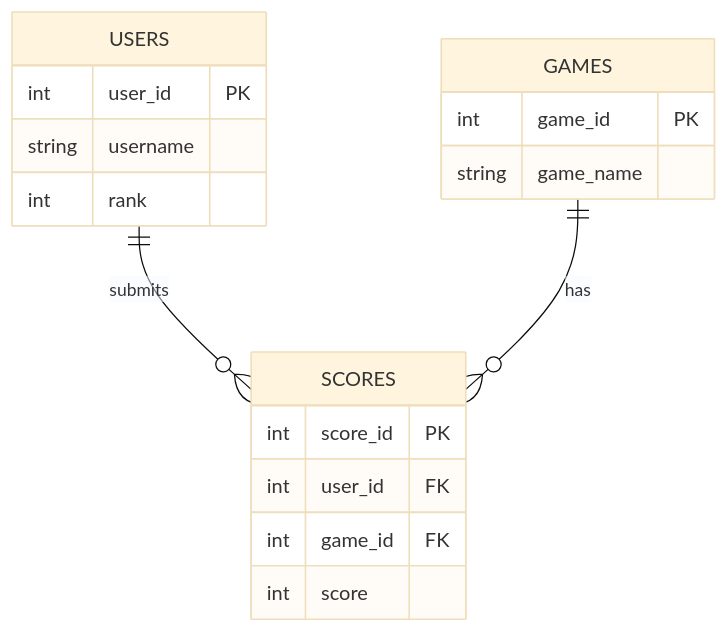
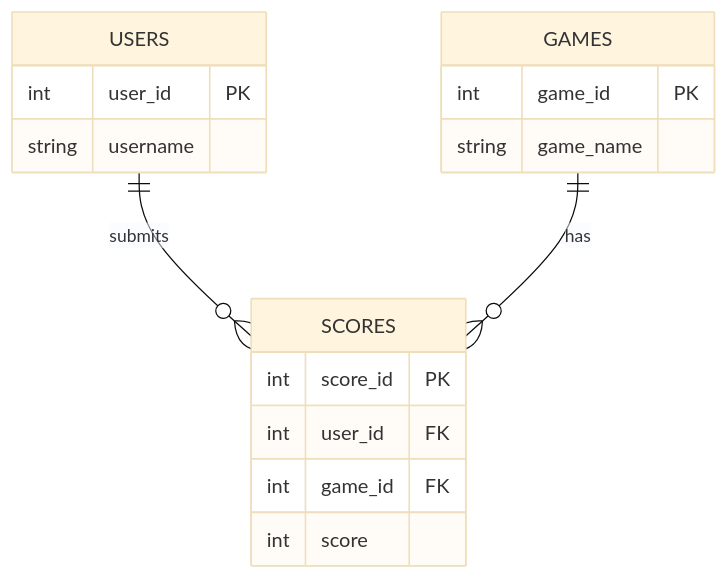
Before and after one commit to John-TRI1/BugFreeBrigade2: the first of 2 diagrams in Team Project One/planning.md, drawn with Mermaid (base theme). The commit also changed other lines of this file and 25 other files, not shown here.

````diff
--- a/Team Project One/planning.md
+++ b/Team Project One/planning.md
@@ -39,23 +47,22 @@
 ```mermaid
 erDiagram
     USERS {
         int user_id PK
         string username
-        int rank
     }
 
     GAMES {
         int game_id PK
         string game_name
     }
 
     SCORES {
         int score_id PK
         int user_id FK
         int game_id FK
         int score
     }
 
     USERS ||--o{ SCORES : submits
     GAMES ||--o{ SCORES : has
 ```
````
